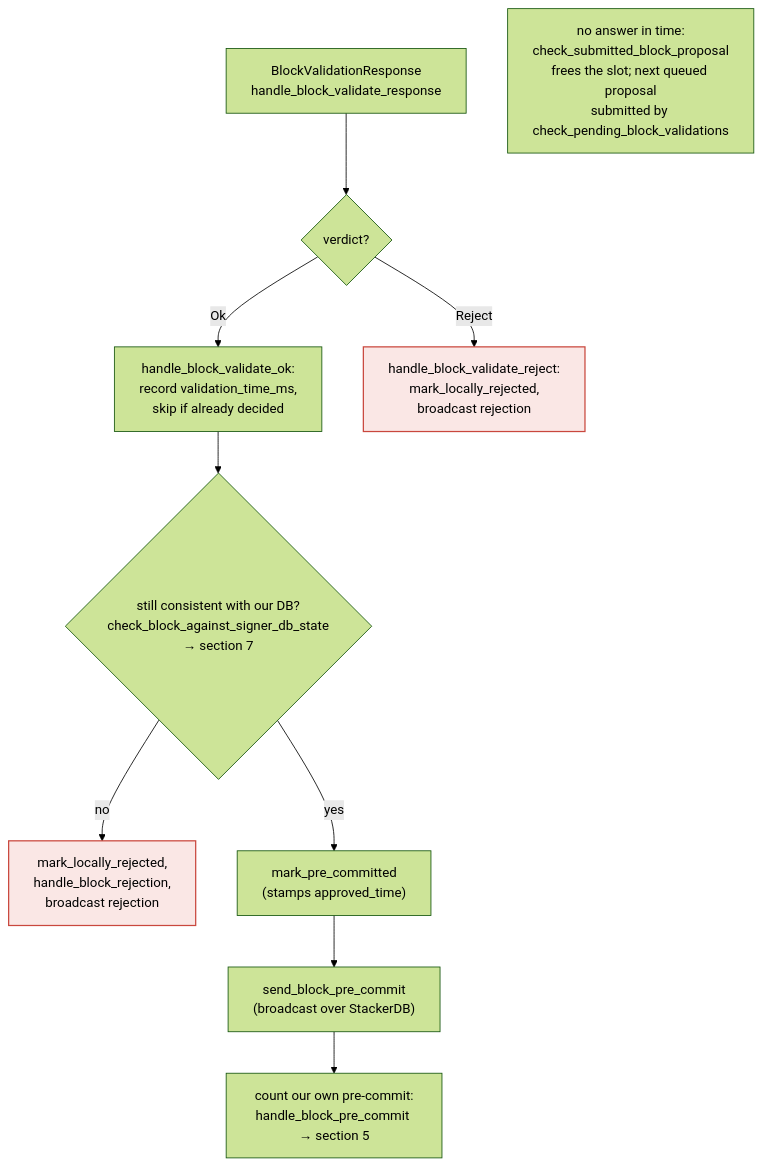
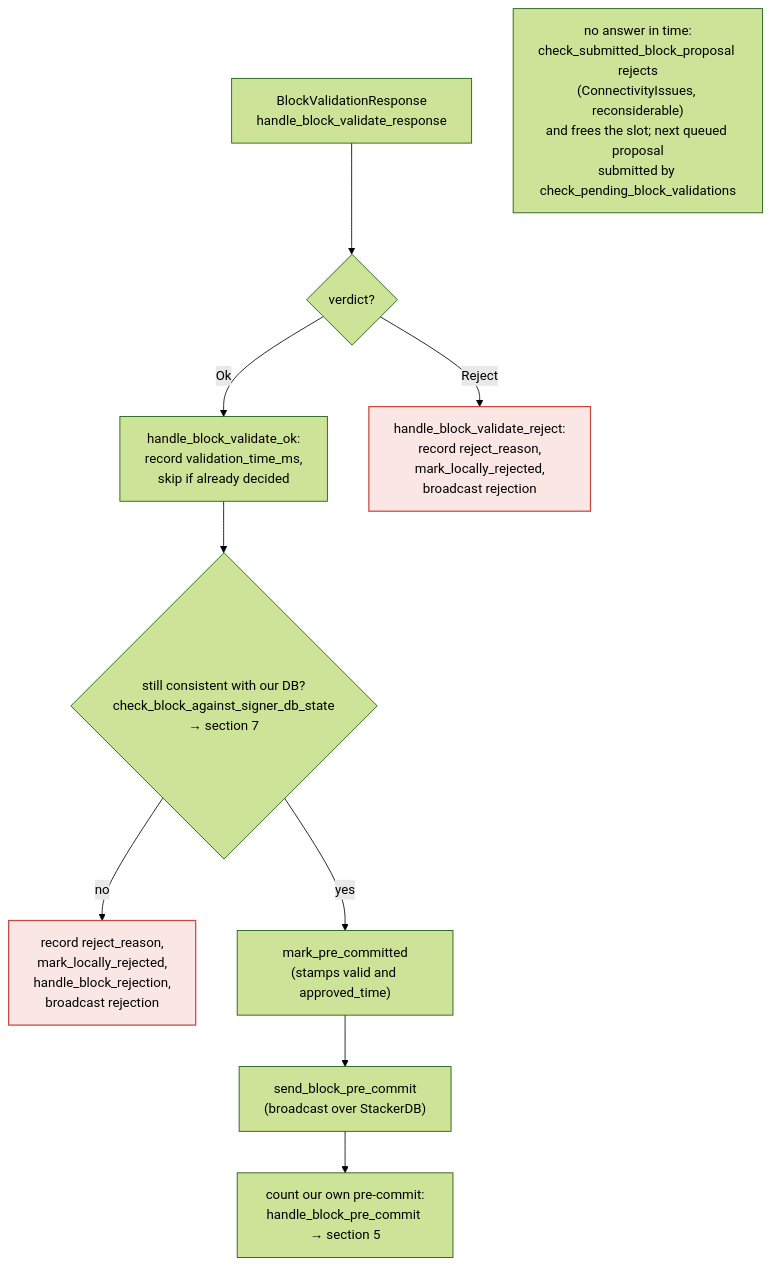
One commit to stacks-network/stacks-core changed the fifth of 9 diagrams in docs/signer-flows.md. Above: the diagram before and after it, drawn with Mermaid (forest theme). The commit also changed other lines of this file and 8 other files, not shown here.

````diff
--- a/docs/signer-flows.md
+++ b/docs/signer-flows.md
@@ -211,13 +239,13 @@
 ```mermaid
 flowchart TB
     IN["BlockValidationResponse<br/>handle_block_validate_response"] --> OK{"verdict?"}
     OK -- "Ok" --> HVO["handle_block_validate_ok:<br/>record validation_time_ms,<br/>skip if already decided"]
-    OK -- "Reject" --> HVR["handle_block_validate_reject:<br/>mark_locally_rejected,<br/>broadcast rejection"]:::bad
+    OK -- "Reject" --> HVR["handle_block_validate_reject:<br/>record reject_reason,<br/>mark_locally_rejected,<br/>broadcast rejection"]:::bad
     HVO --> RECHECK{"still consistent with our DB?<br/>check_block_against_signer_db_state<br/>→ section 7"}
-    RECHECK -- no --> REJ["mark_locally_rejected,<br/>handle_block_rejection,<br/>broadcast rejection"]:::bad
-    RECHECK -- yes --> PC["mark_pre_committed<br/>(stamps approved_time)"]
+    RECHECK -- no --> REJ["record reject_reason,<br/>mark_locally_rejected,<br/>handle_block_rejection,<br/>broadcast rejection"]:::bad
+    RECHECK -- yes --> PC["mark_pre_committed<br/>(stamps valid and approved_time)"]
     PC --> SEND["send_block_pre_commit<br/>(broadcast over StackerDB)"]
     SEND --> SELF["count our own pre-commit:<br/>handle_block_pre_commit → section 5"]
-    TIMEOUT["no answer in time:<br/>check_submitted_block_proposal<br/>frees the slot; next queued proposal<br/>submitted by check_pending_block_validations"]
+    TIMEOUT["no answer in time:<br/>check_submitted_block_proposal rejects<br/>(ConnectivityIssues, reconsiderable)<br/>and frees the slot; next queued proposal<br/>submitted by check_pending_block_validations"]
     classDef bad fill:#d84a3f22,stroke:#c9473d,stroke-width:1.5px;
 ```
````
